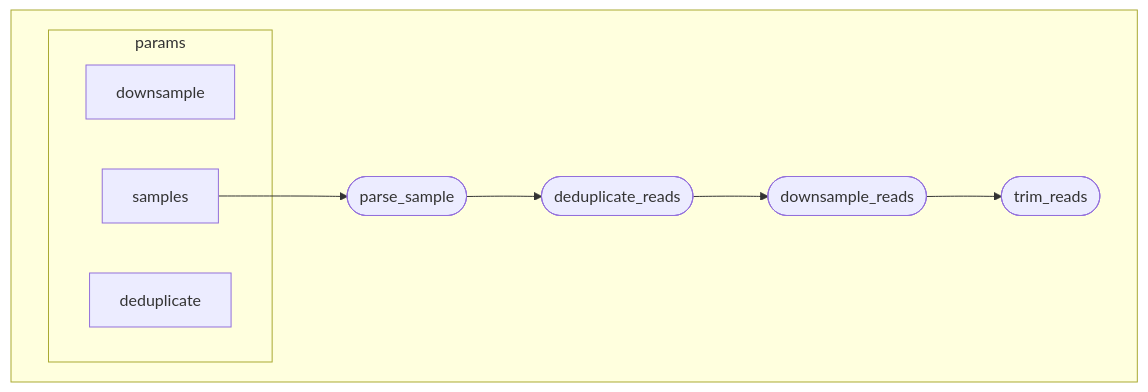
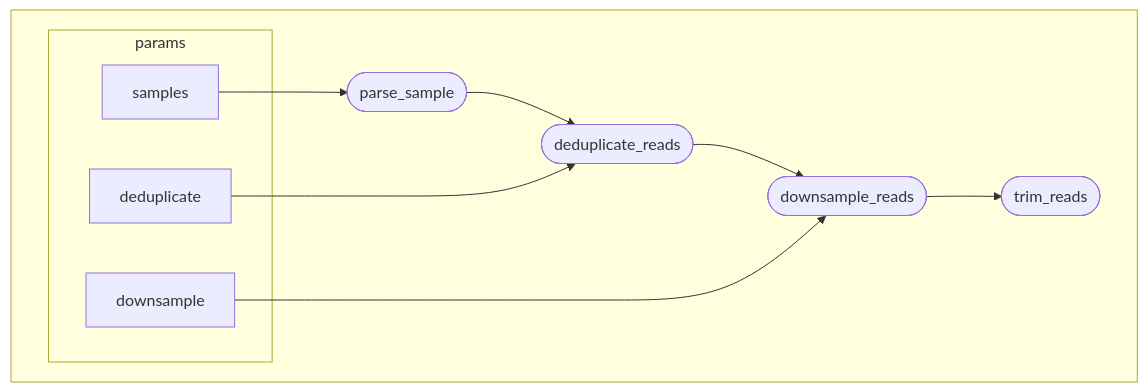
Before and after one commit to EcoEvoGenomics/genotyping_pipeline: the diagram in README.md, drawn with Mermaid.

Commit message:
Add arrows to Step 1 mermaid diagram

````diff
--- a/README.md
+++ b/README.md
@@ -54,18 +54,20 @@
 ```mermaid
 flowchart TB
     subgraph " "
     subgraph params
     v7["downsample"]
     v4["deduplicate"]
     v0["samples"]
     end
     v2([parse_sample])
     v5([deduplicate_reads])
     v8([downsample_reads])
     v10([trim_reads])
     v0 --> v2
     v2 --> v5
     v5 --> v8
     v8 --> v10
+    v4 --> v5
+    v7 --> v8
     end
 ```
````
